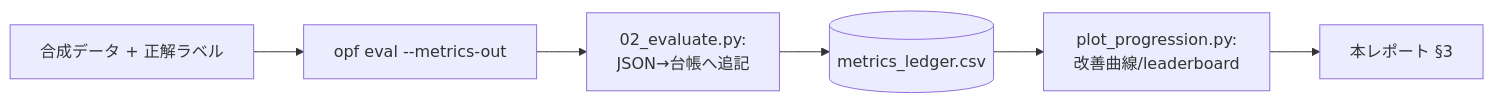
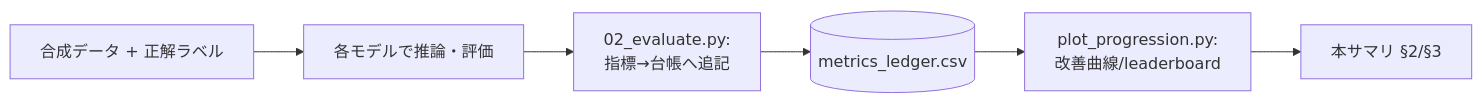
The diagram in REPORT.md (gghatano/opf-text-masking-demo), drawn with Mermaid before and after one commit. The commit also changed other lines of this file and 11 other files, not shown here.

````diff
--- a/REPORT.md
+++ b/REPORT.md
@@ -28,8 +24,8 @@
 ```mermaid
 flowchart LR
-  D[合成データ + 正解ラベル] --> E["opf eval --metrics-out"]
-  E --> P[02_evaluate.py:<br/>JSON→台帳へ追記]
+  D[合成データ + 正解ラベル] --> E["各モデルで推論・評価"]
+  E --> P[02_evaluate.py:<br/>指標→台帳へ追記]
   P --> L[(metrics_ledger.csv)]
   L --> F[plot_progression.py:<br/>改善曲線/leaderboard]
-  F --> R[本レポート §3]
+  F --> R[本サマリ §2/§3]
 ```
````
